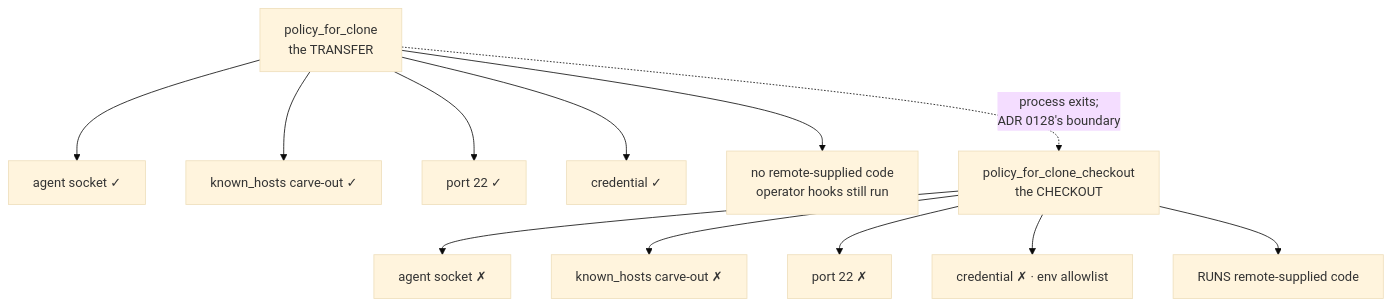
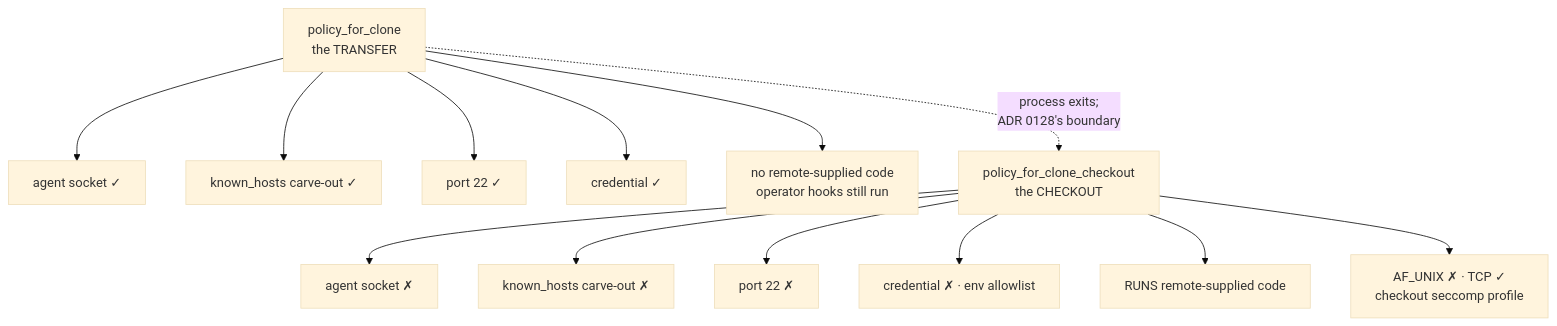
The sixth of 7 diagrams in docs/adr/0137-an-untrusted-checkout-inherits-an-allowlist.md (tom2025b/git-vista), drawn with Mermaid (base theme) before and after one commit. The commit also changed other lines of this file and 7 other files, not shown here.

Commit message:
fix: deny AF_UNIX during clone checkout

````diff
--- a/docs/adr/0137-an-untrusted-checkout-inherits-an-allowlist.md
+++ b/docs/adr/0137-an-untrusted-checkout-inherits-an-allowlist.md
@@ -244,14 +245,15 @@
 ```mermaid
 flowchart TD
   R["policy_for_clone<br/>the TRANSFER"] --> R1["agent socket ✓"]
   R --> R2["known_hosts carve-out ✓"]
   R --> R3["port 22 ✓"]
   R --> R4["credential ✓"]
   R --> R5["no remote-supplied code<br/>operator hooks still run"]
   K["policy_for_clone_checkout<br/>the CHECKOUT"] --> K1["agent socket ✗"]
   K --> K2["known_hosts carve-out ✗"]
   K --> K3["port 22 ✗"]
   K --> K4["credential ✗ · env allowlist"]
   K --> K5["RUNS remote-supplied code"]
+  K --> K6["AF_UNIX ✗ · TCP ✓<br/>checkout seccomp profile"]
   R -.->|"process exits;<br/>ADR 0128's boundary"| K
 ```
````
